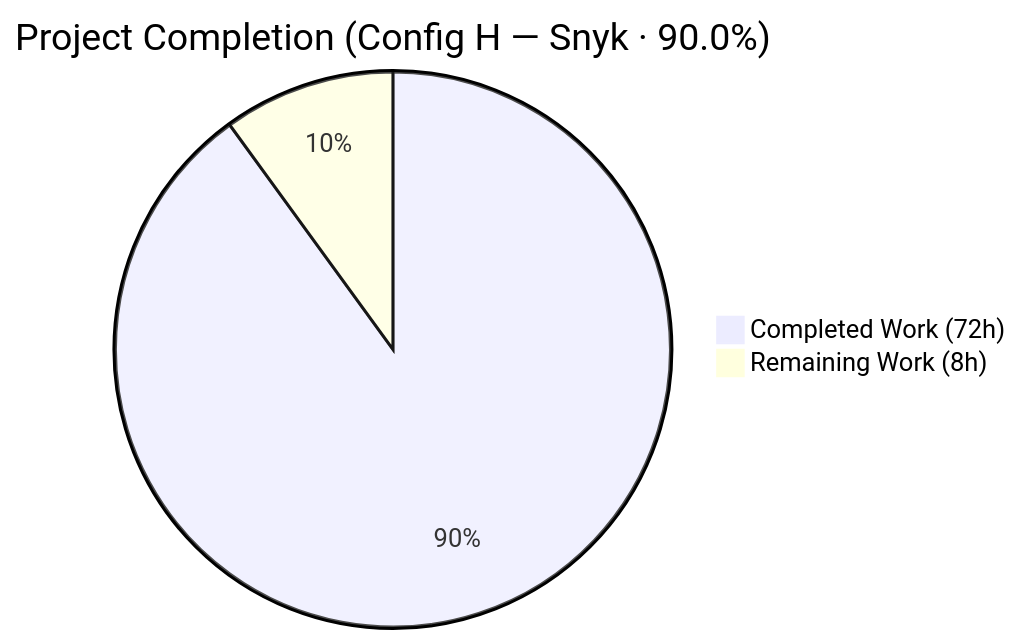
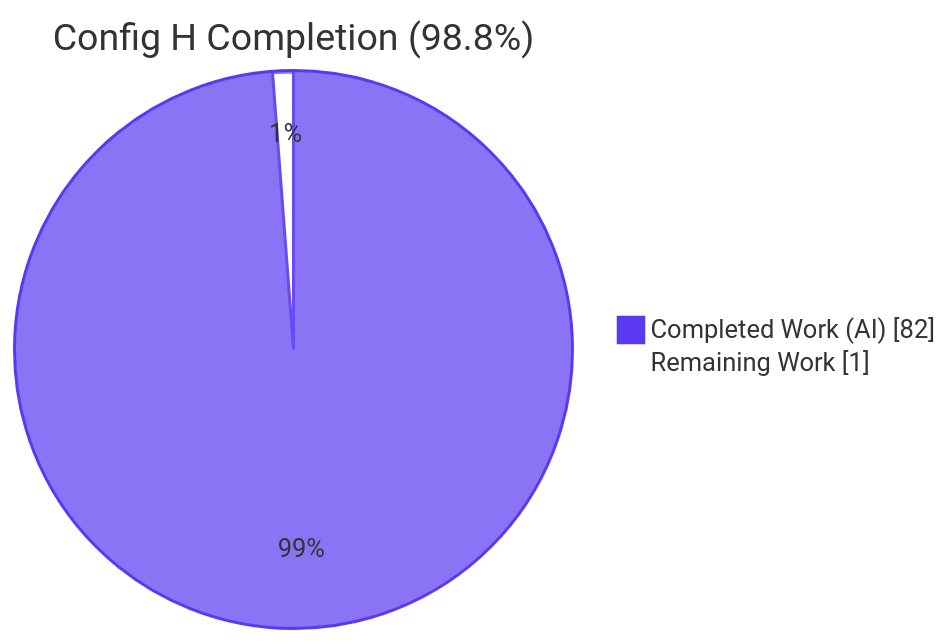
One commit to Blitzy-Sandbox/blitzy-odoo changed the first of 5 diagrams in blitzy/documentation/Project Guide.md. Above: the diagram before and after it, drawn with Mermaid. The commit also changed other lines of this file, not shown here.

Commit message:
Adding Blitzy Project Guide: Project Status and Human Tasks Remaining

````diff
--- a/blitzy/documentation/Project Guide.md
+++ b/blitzy/documentation/Project Guide.md
@@ -17,5 +9,6 @@
 ```mermaid
-pie title Project Completion (Config H — Snyk · 90.0%)
-    "Completed Work (72h)" : 72
-    "Remaining Work (8h)" : 8
+%%{init: {'theme':'base','themeVariables':{'pie1':'#5B39F3','pie2':'#FFFFFF','pieStrokeColor':'#5B39F3','pieOuterStrokeColor':'#5B39F3'}}}%%
+pie showData title Config H Completion (98.8%)
+    "Completed Work (AI)" : 82
+    "Remaining Work" : 1
 ```
````
